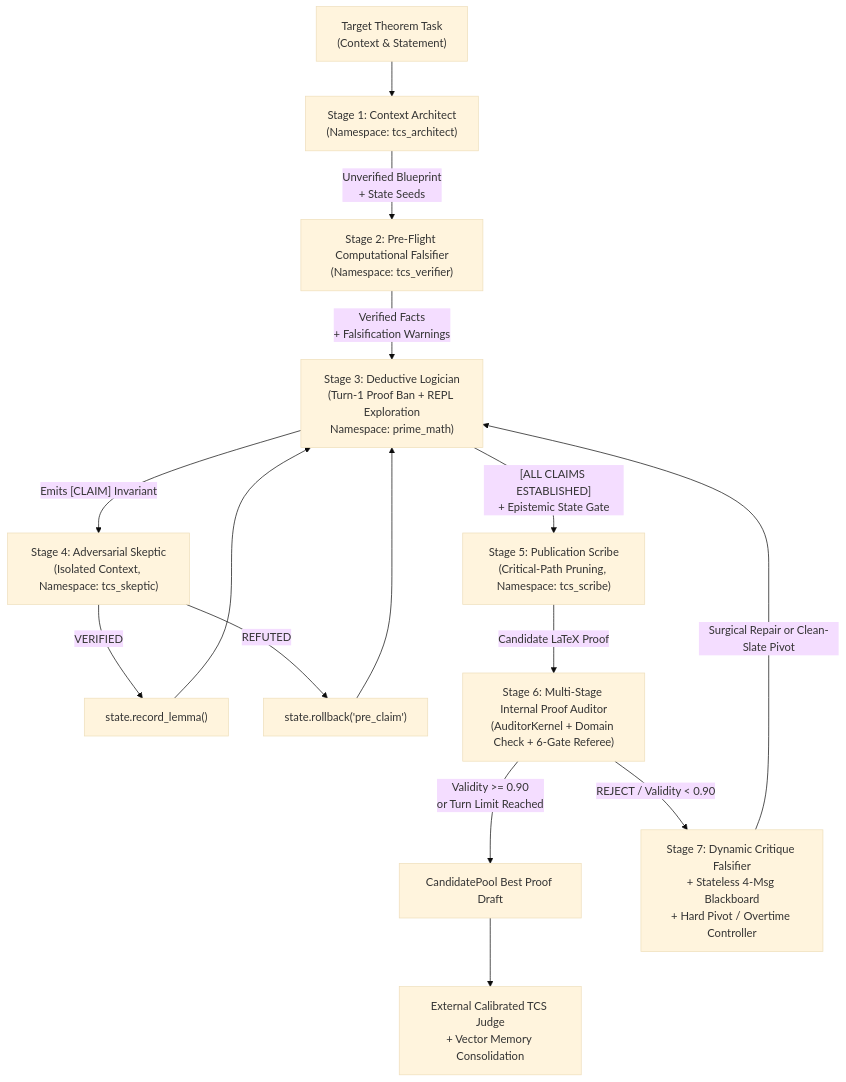
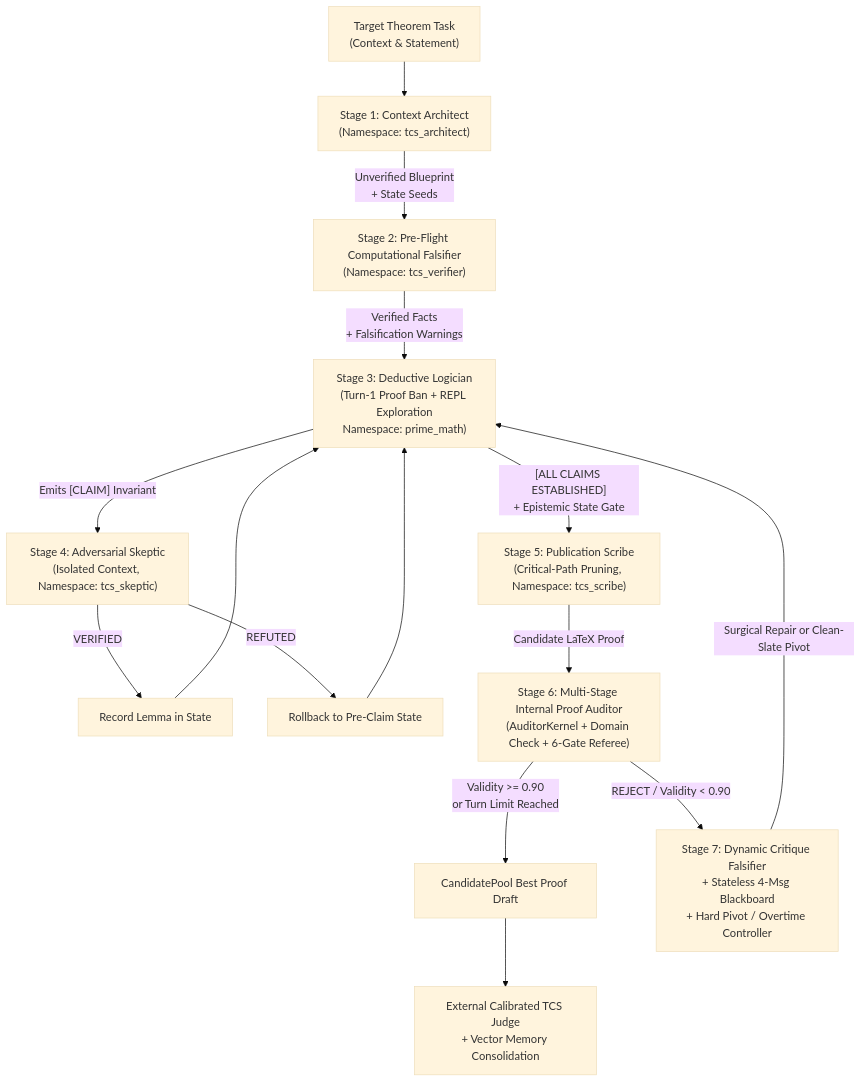
One commit to dionyziuz/proof_harness changed the second of 2 diagrams in docs/articles/arxiv-prime-math-neuro-symbolic-prover-harness.md. Above: the diagram before and after it, drawn with Mermaid (base theme). The commit also changed other lines of this file, not shown here.

````diff
--- a/docs/articles/arxiv-prime-math-neuro-symbolic-prover-harness.md
+++ b/docs/articles/arxiv-prime-math-neuro-symbolic-prover-harness.md
@@ -248,20 +247,20 @@
 ```mermaid
 flowchart TD
     Task["Target Theorem Task\n(Context & Statement)"] --> S1["Stage 1: Context Architect\n(Namespace: tcs_architect)"]
     S1 -->|"Unverified Blueprint\n+ State Seeds"| S2["Stage 2: Pre-Flight Computational Falsifier\n(Namespace: tcs_verifier)"]
     S2 -->|"Verified Facts\n+ Falsification Warnings"| S3["Stage 3: Deductive Logician\n(Turn-1 Proof Ban + REPL Exploration\nNamespace: prime_math)"]
     
     S3 -->|"Emits [CLAIM] Invariant"| S4["Stage 4: Adversarial Skeptic\n(Isolated Context, Namespace: tcs_skeptic)"]
-    S4 -->|"VERIFIED"| Rec["state.record_lemma()"]
-    S4 -->|"REFUTED"| Roll["state.rollback('pre_claim')"]
+    S4 -->|"VERIFIED"| Rec["Record Lemma in State"]
+    S4 -->|"REFUTED"| Roll["Rollback to Pre-Claim State"]
     Rec --> S3
     Roll --> S3
 
     S3 -->|"[ALL CLAIMS ESTABLISHED]\n+ Epistemic State Gate"| S5["Stage 5: Publication Scribe\n(Critical-Path Pruning, Namespace: tcs_scribe)"]
     S5 -->|"Candidate LaTeX Proof"| S6["Stage 6: Multi-Stage Internal Proof Auditor\n(AuditorKernel + Domain Check + 6-Gate Referee)"]
     
     S6 -->|"Validity >= 0.90\nor Turn Limit Reached"| PoolOut["CandidatePool Best Proof Draft"]
     S6 -->|"REJECT / Validity < 0.90"| S7["Stage 7: Dynamic Critique Falsifier\n+ Stateless 4-Msg Blackboard\n+ Hard Pivot / Overtime Controller"]
     S7 -->|"Surgical Repair or Clean-Slate Pivot"| S3
     PoolOut --> ExtJudge["External Calibrated TCS Judge\n+ Vector Memory Consolidation"]
 ```
````
